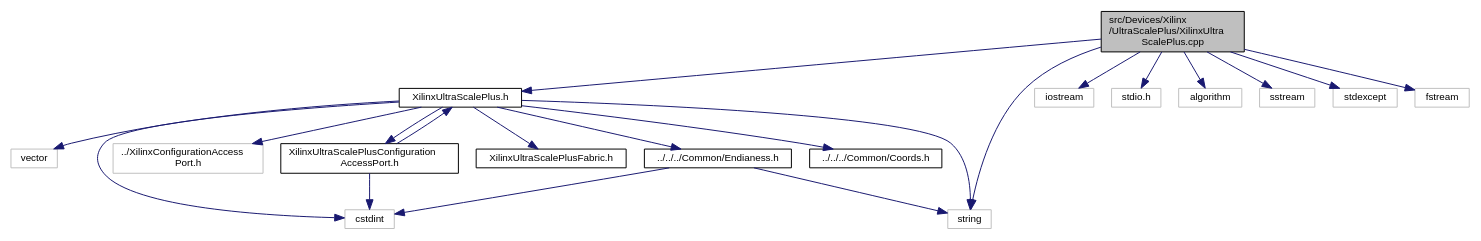
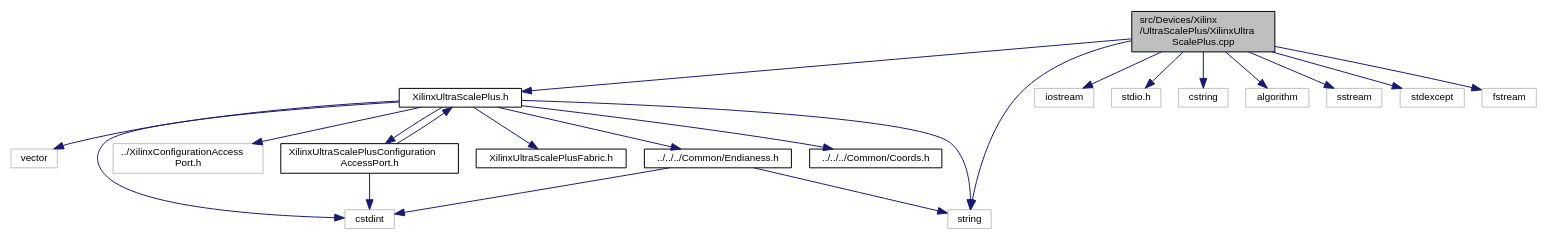
One commit to FPGA-Research-Manchester/byteman changed the diagram in XilinxUltraScalePlus_8cpp__incl.dot. Above: the diagram before and after it, drawn with Graphviz. The commit also changed 105 other files, not shown here.

```diff
--- a/XilinxUltraScalePlus_8cpp__incl.dot
+++ b/XilinxUltraScalePlus_8cpp__incl.dot
@@ -1,43 +1,45 @@
 digraph "src/Devices/Xilinx/UltraScalePlus/XilinxUltraScalePlus.cpp"
 {
  // INTERACTIVE_SVG=YES
  // LATEX_PDF_SIZE
   edge [fontname="Helvetica",fontsize="10",labelfontname="Helvetica",labelfontsize="10"];
   node [fontname="Helvetica",fontsize="10",shape=record];
   Node1 [label="src/Devices/Xilinx\l/UltraScalePlus/XilinxUltra\lScalePlus.cpp",height=0.2,width=0.4,color="black", fillcolor="grey75", style="filled", fontcolor="black",tooltip=" "];
   Node1 -> Node2 [color="midnightblue",fontsize="10",style="solid",fontname="Helvetica"];
   Node2 [label="XilinxUltraScalePlus.h",height=0.2,width=0.4,color="black", fillcolor="white", style="filled",URL="$XilinxUltraScalePlus_8h.html",tooltip=" "];
   Node2 -> Node3 [color="midnightblue",fontsize="10",style="solid",fontname="Helvetica"];
   Node3 [label="cstdint",height=0.2,width=0.4,color="grey75", fillcolor="white", style="filled",tooltip=" "];
   Node2 -> Node4 [color="midnightblue",fontsize="10",style="solid",fontname="Helvetica"];
   Node4 [label="vector",height=0.2,width=0.4,color="grey75", fillcolor="white", style="filled",tooltip=" "];
   Node2 -> Node5 [color="midnightblue",fontsize="10",style="solid",fontname="Helvetica"];
   Node5 [label="string",height=0.2,width=0.4,color="grey75", fillcolor="white", style="filled",tooltip=" "];
   Node2 -> Node6 [color="midnightblue",fontsize="10",style="solid",fontname="Helvetica"];
   Node6 [label="../XilinxConfigurationAccess\lPort.h",height=0.2,width=0.4,color="grey75", fillcolor="white", style="filled",tooltip=" "];
   Node2 -> Node7 [color="midnightblue",fontsize="10",style="solid",fontname="Helvetica"];
   Node7 [label="XilinxUltraScalePlusConfiguration\lAccessPort.h",height=0.2,width=0.4,color="black", fillcolor="white", style="filled",URL="$XilinxUltraScalePlusConfigurationAccessPort_8h.html",tooltip=" "];
   Node7 -> Node3 [color="midnightblue",fontsize="10",style="solid",fontname="Helvetica"];
   Node7 -> Node2 [color="midnightblue",fontsize="10",style="solid",fontname="Helvetica"];
   Node2 -> Node8 [color="midnightblue",fontsize="10",style="solid",fontname="Helvetica"];
   Node8 [label="XilinxUltraScalePlusFabric.h",height=0.2,width=0.4,color="black", fillcolor="white", style="filled",URL="$XilinxUltraScalePlusFabric_8h.html",tooltip=" "];
   Node2 -> Node9 [color="midnightblue",fontsize="10",style="solid",fontname="Helvetica"];
   Node9 [label="../../../Common/Endianess.h",height=0.2,width=0.4,color="black", fillcolor="white", style="filled",URL="$Endianess_8h.html",tooltip=" "];
   Node9 -> Node3 [color="midnightblue",fontsize="10",style="solid",fontname="Helvetica"];
   Node9 -> Node5 [color="midnightblue",fontsize="10",style="solid",fontname="Helvetica"];
   Node2 -> Node10 [color="midnightblue",fontsize="10",style="solid",fontname="Helvetica"];
   Node10 [label="../../../Common/Coords.h",height=0.2,width=0.4,color="black", fillcolor="white", style="filled",URL="$Coords_8h.html",tooltip=" "];
   Node1 -> Node11 [color="midnightblue",fontsize="10",style="solid",fontname="Helvetica"];
   Node11 [label="iostream",height=0.2,width=0.4,color="grey75", fillcolor="white", style="filled",tooltip=" "];
   Node1 -> Node12 [color="midnightblue",fontsize="10",style="solid",fontname="Helvetica"];
   Node12 [label="stdio.h",height=0.2,width=0.4,color="grey75", fillcolor="white", style="filled",tooltip=" "];
   Node1 -> Node5 [color="midnightblue",fontsize="10",style="solid",fontname="Helvetica"];
   Node1 -> Node13 [color="midnightblue",fontsize="10",style="solid",fontname="Helvetica"];
-  Node13 [label="algorithm",height=0.2,width=0.4,color="grey75", fillcolor="white", style="filled",tooltip=" "];
+  Node13 [label="cstring",height=0.2,width=0.4,color="grey75", fillcolor="white", style="filled",tooltip=" "];
   Node1 -> Node14 [color="midnightblue",fontsize="10",style="solid",fontname="Helvetica"];
-  Node14 [label="sstream",height=0.2,width=0.4,color="grey75", fillcolor="white", style="filled",tooltip=" "];
+  Node14 [label="algorithm",height=0.2,width=0.4,color="grey75", fillcolor="white", style="filled",tooltip=" "];
   Node1 -> Node15 [color="midnightblue",fontsize="10",style="solid",fontname="Helvetica"];
-  Node15 [label="stdexcept",height=0.2,width=0.4,color="grey75", fillcolor="white", style="filled",tooltip=" "];
+  Node15 [label="sstream",height=0.2,width=0.4,color="grey75", fillcolor="white", style="filled",tooltip=" "];
   Node1 -> Node16 [color="midnightblue",fontsize="10",style="solid",fontname="Helvetica"];
-  Node16 [label="fstream",height=0.2,width=0.4,color="grey75", fillcolor="white", style="filled",tooltip=" "];
+  Node16 [label="stdexcept",height=0.2,width=0.4,color="grey75", fillcolor="white", style="filled",tooltip=" "];
+  Node1 -> Node17 [color="midnightblue",fontsize="10",style="solid",fontname="Helvetica"];
+  Node17 [label="fstream",height=0.2,width=0.4,color="grey75", fillcolor="white", style="filled",tooltip=" "];
 }
```
